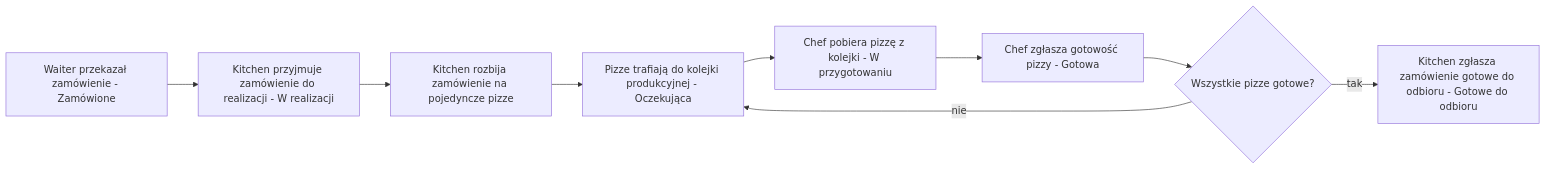
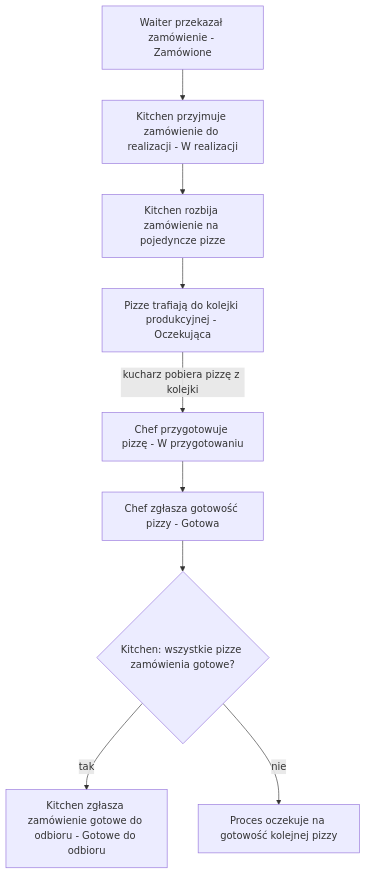
One commit to mmalessa/pizzeria changed the diagram in doc/251_kitchen_order_fulfillment.md. Above: the diagram before and after it, drawn with Mermaid. The commit also changed 9 other files, not shown here.

Commit message:
Convert Mermaid diagrams to top-down flow for better readability

````diff
--- a/doc/251_kitchen_order_fulfillment.md
+++ b/doc/251_kitchen_order_fulfillment.md
@@ -42,13 +42,14 @@
 ```mermaid
-flowchart LR
+flowchart TD
 
 A[Waiter przekazał zamówienie - Zamówione]
 --> B[Kitchen przyjmuje zamówienie do realizacji - W realizacji]
 --> C[Kitchen rozbija zamówienie na pojedyncze pizze]
 --> D[Pizze trafiają do kolejki produkcyjnej - Oczekująca]
---> E[Chef pobiera pizzę z kolejki - W przygotowaniu]
---> F[Chef zgłasza gotowość pizzy - Gotowa]
---> G{Wszystkie pizze gotowe?}
-G -->|nie| D
+
+D -->|kucharz pobiera pizzę z kolejki| E[Chef przygotowuje pizzę - W przygotowaniu]
+E --> F[Chef zgłasza gotowość pizzy - Gotowa]
+F --> G{Kitchen: wszystkie pizze zamówienia gotowe?}
 G -->|tak| H[Kitchen zgłasza zamówienie gotowe do odbioru - Gotowe do odbioru]
+G -->|nie| I[Proces oczekuje na gotowość kolejnej pizzy]
 ```
````
